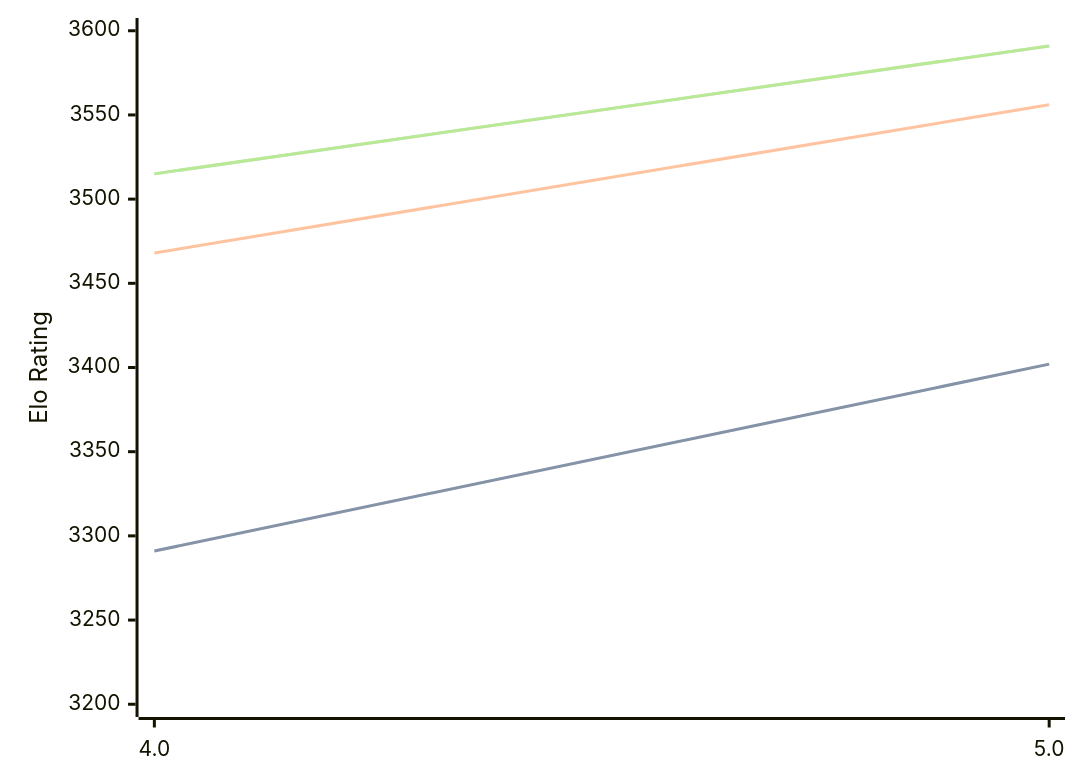
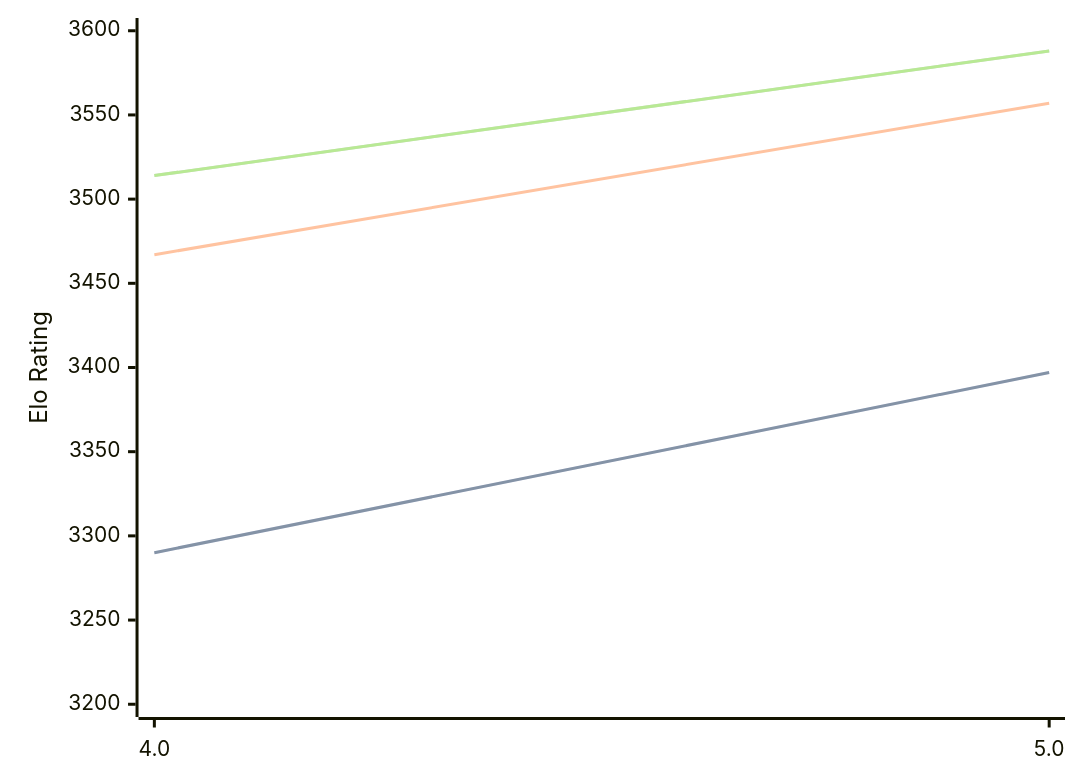
The diagram in engines/Tarnished.md (computer-chess-index/cci), drawn with Mermaid before and after one commit. The commit also changed other lines of this file, not shown here.

Commit message:
Update CCI Ratings (ELO VLTC) - 2026-02-18

````diff
--- a/engines/Tarnished.md
+++ b/engines/Tarnished.md
@@ -33,11 +33,11 @@
 ```mermaid
 %%{init: {"theme":"base","themeVariables":{"seriesColors:['#a3a3a3','#222221','#faa371']}}}%%
 xychart-beta
   x-axis ["4.0", "5.0"]
   y-axis "Elo Rating" 3200 --> 3600
-  line "STC (8.0+0.08s)" [3291, 3402]
-  line "STC (8.0+0.08s)" [3291, 3402]
-  line "LTC (60.0+0.60s)" [3468, 3556]
-  line "VLTC (2m24s+1.12s)" [3515, 3591]
-  line "VLTC (2m24s+1.12s)" [3515, 3591]
+  line "STC (8.0+0.08s)" [3290, 3397]
+  line "STC (8.0+0.08s)" [3290, 3397]
+  line "LTC (60.0+0.60s)" [3467, 3557]
+  line "VLTC (2m24s+1.12s)" [3514, 3588]
+  line "VLTC (2m24s+1.12s)" [3514, 3588]
 ```
````
